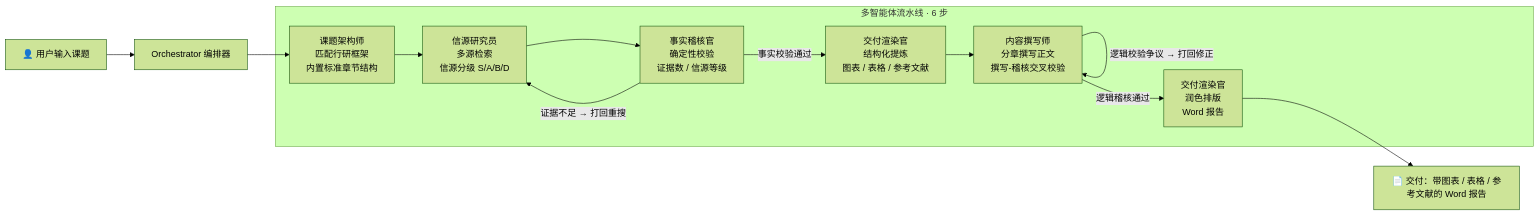
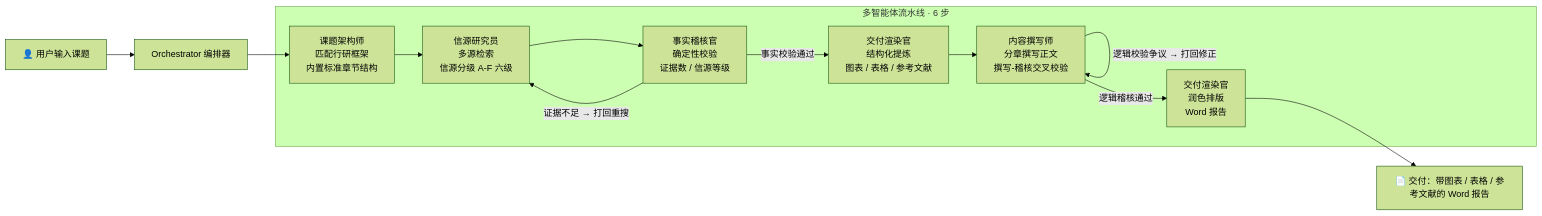
The diagram in README.md (yuyu-0808/eco-research-copilot), drawn with Mermaid (forest theme) before and after one commit. The commit also changed other lines of this file and 8 other files, not shown here.

````diff
--- a/README.md
+++ b/README.md
@@ -45,18 +45,18 @@
 ```mermaid
 flowchart LR
     U[👤 用户输入课题] --> O[Orchestrator 编排器]
     subgraph Pipeline["多智能体流水线 · 6 步"]
         A1[课题架构师<br/>匹配行研框架<br/>内置标准章节结构]
-        A2[信源研究员<br/>多源检索<br/>信源分级 S/A/B/D]
+        A2[信源研究员<br/>多源检索<br/>信源分级 A-F 六级]
         A3[事实稽核官<br/>确定性校验<br/>证据数 / 信源等级]
         A4[交付渲染官<br/>结构化提炼<br/>图表 / 表格 / 参考文献]
         A5[内容撰写师<br/>分章撰写正文<br/>撰写-稽核交叉校验]
         A6[交付渲染官<br/>润色排版<br/>Word 报告]
     end
     O --> A1 --> A2 --> A3
     A3 -- "证据不足 → 打回重搜" --> A2
     A3 -- "事实校验通过" --> A4 --> A5
     A5 -- "逻辑校验争议 → 打回修正" --> A5
     A5 -- "逻辑稽核通过" --> A6
     A6 --> D[📄 交付：带图表 / 表格 / 参考文献的 Word 报告]
 ```
````
